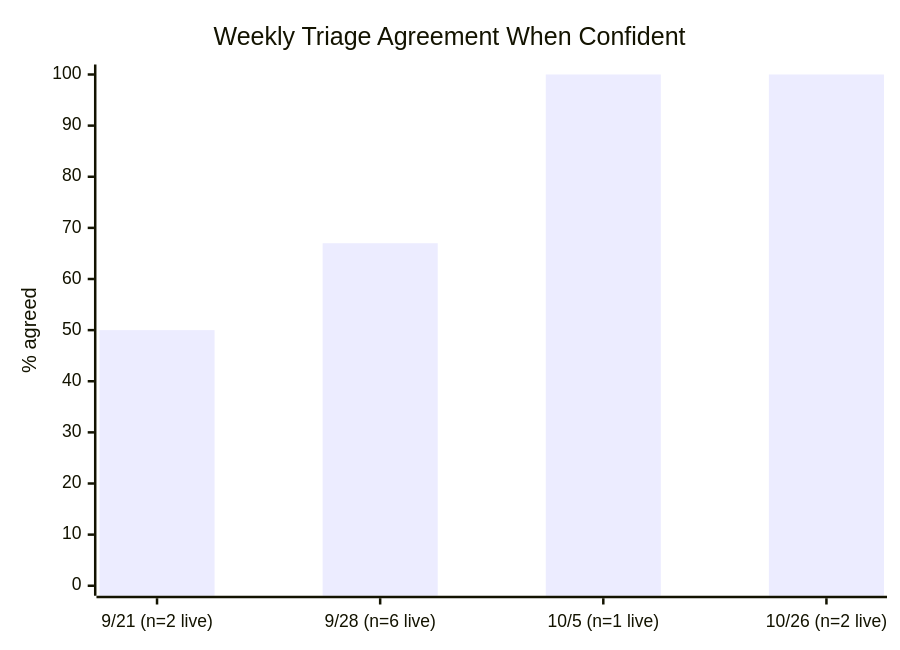
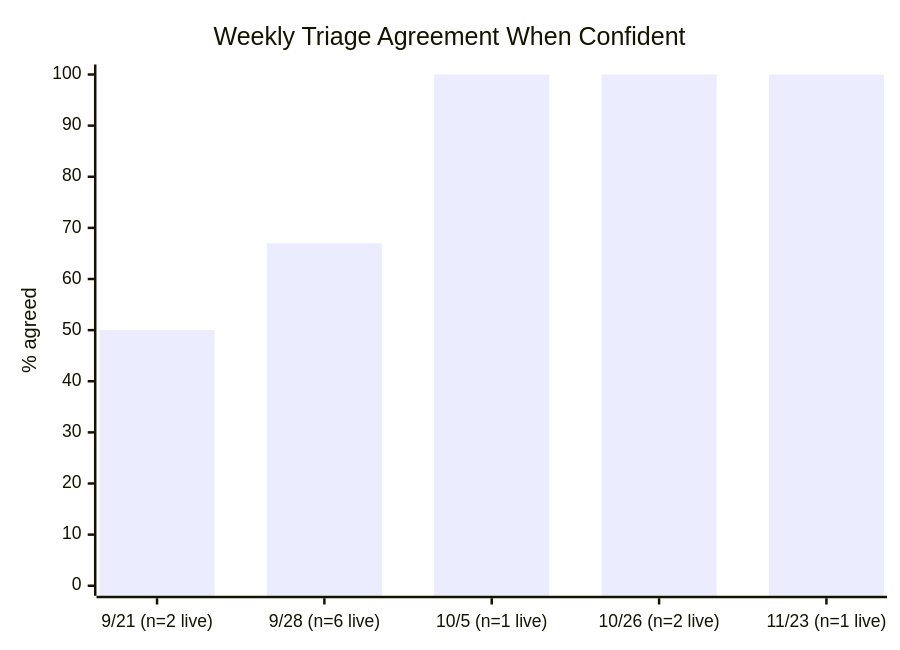
The third of 6 diagrams in JEV.md (Sanctum-Origo-Systems/autoloop), drawn with Mermaid before and after one commit. The commit also changed other lines of this file, not shown here.

````diff
--- a/JEV.md
+++ b/JEV.md
@@ -25,7 +25,7 @@
 ```mermaid
 xychart-beta
     title "Weekly Triage Agreement When Confident"
-    x-axis ["9/21 (n=2 live)", "9/28 (n=6 live)", "10/5 (n=1 live)", "10/26 (n=2 live)"]
+    x-axis ["9/21 (n=2 live)", "9/28 (n=6 live)", "10/5 (n=1 live)", "10/26 (n=2 live)", "11/23 (n=1 live)"]
     y-axis "% agreed" 0 --> 100
-    bar [50, 67, 100, 100]
+    bar [50, 67, 100, 100, 100]
 ```
````
